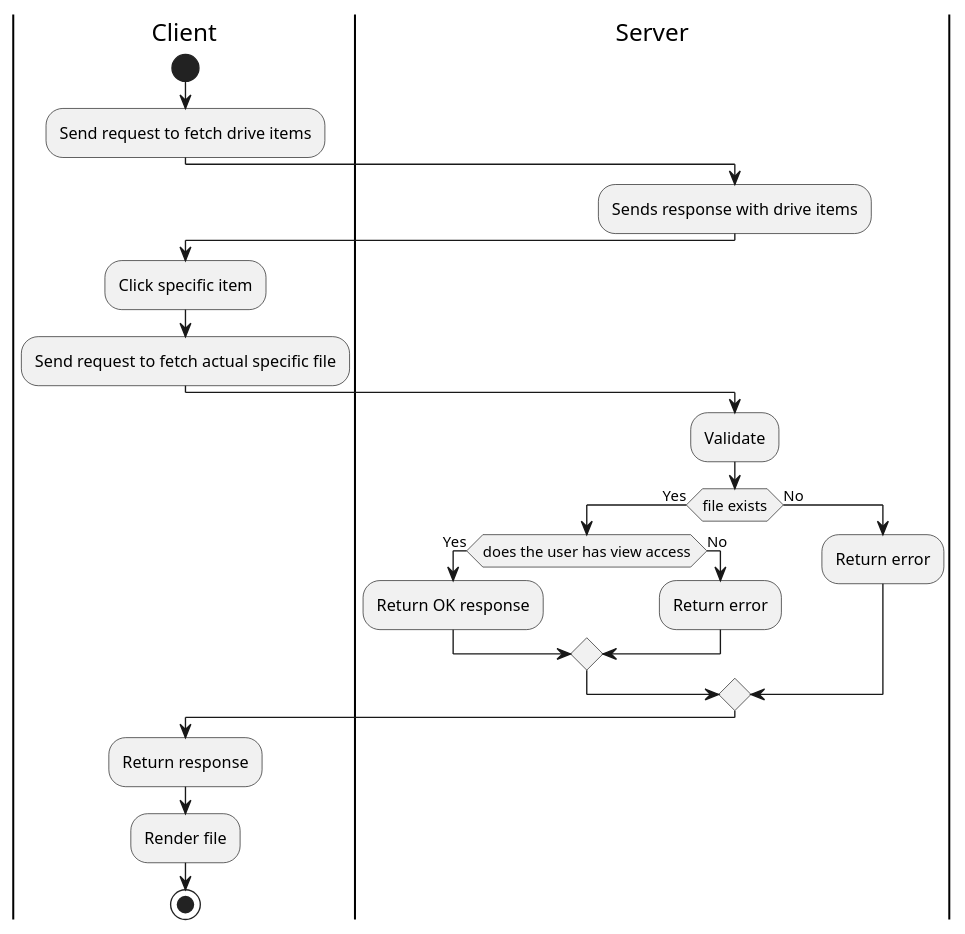
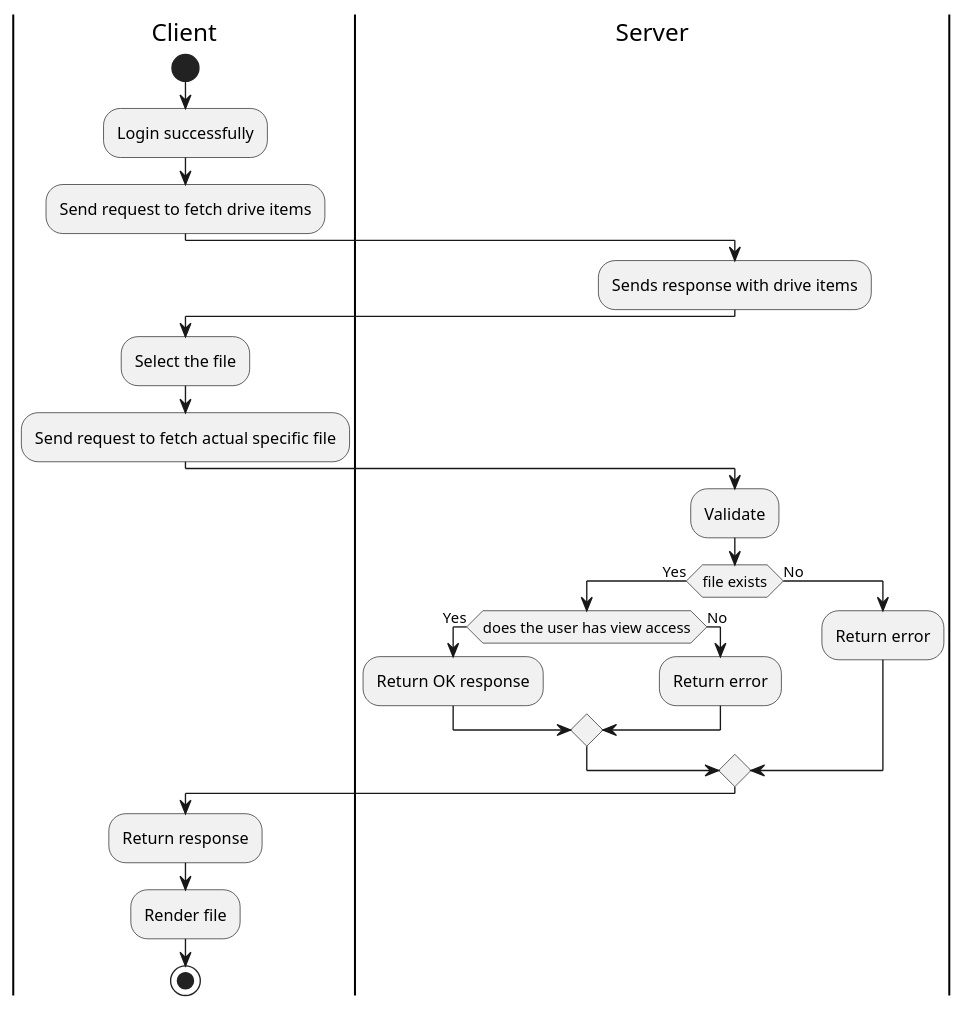
Before and after one commit to hakanyildizhan/pwr-22-spring-css-ii-st-gpp: the diagram in docs/activity-diagrams/view-file.puml, drawn with PlantUML.

```diff
--- a/docs/activity-diagrams/view-file.puml
+++ b/docs/activity-diagrams/view-file.puml
@@ -1,30 +1,31 @@
 @startuml
 |Client|
 start
 |Client|
+:Login successfully;
 :Send request to fetch drive items;
 |Server|
 :Sends response with drive items;
 |Client|
-:Click specific item;
+:Select the file;
 :Send request to fetch actual specific file;
 |Server|
 :Validate;
 if (file exists) then
  ->Yes;
  if (does the user has view access) then
   ->Yes;
   :Return OK response;
  else
   ->No;
   :Return error;
  endif
 else
  -> No;
  :Return error;
 endif
 |Client|
 :Return response;
 :Render file;
 stop
 @enduml
```
